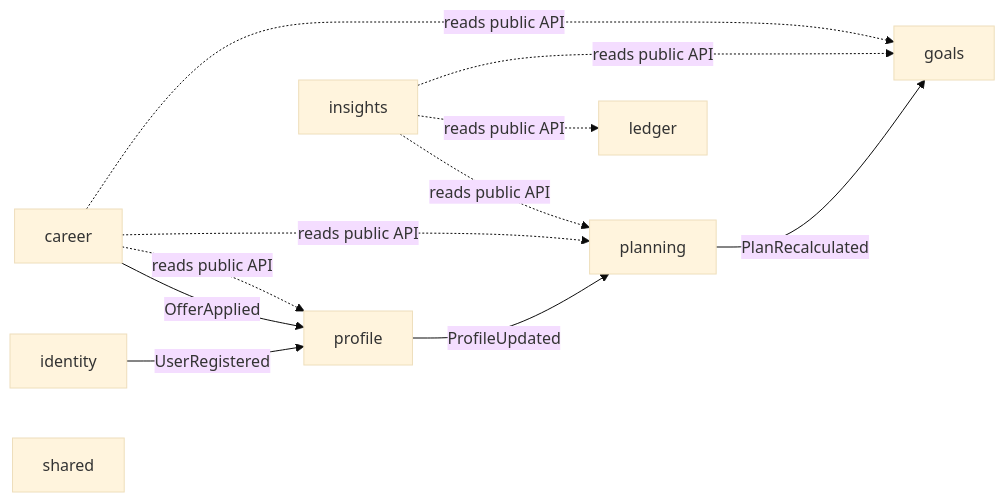
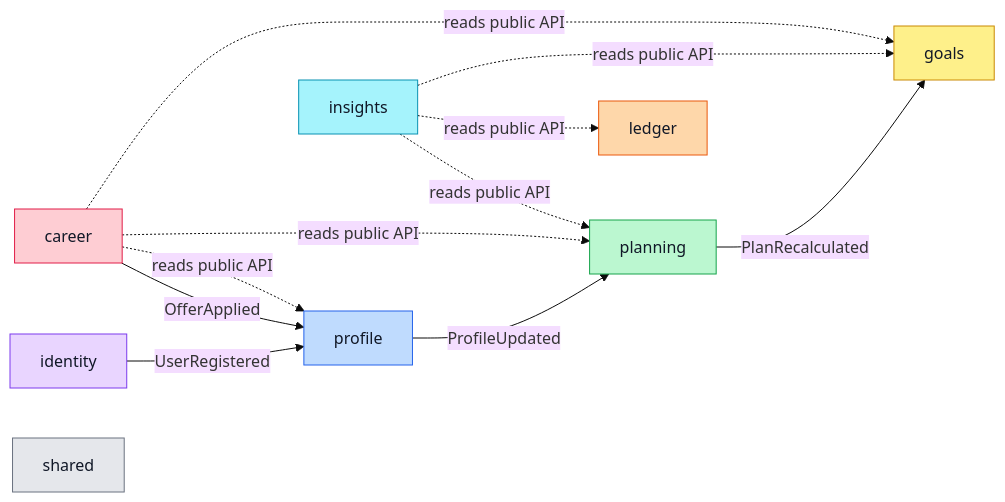
The third of 5 diagrams in docs/ARCHITECTURE.md (ilyas8888/moneymacros), drawn with Mermaid (base theme) before and after one commit. The commit also changed other lines of this file and 3 other files, not shown here.

````diff
--- a/docs/ARCHITECTURE.md
+++ b/docs/ARCHITECTURE.md
@@ -65,22 +78,31 @@
 ```mermaid
 flowchart LR
     identity["identity"]
     profile["profile"]
     planning["planning"]
     ledger["ledger"]
     goals["goals"]
     career["career"]
     insights["insights"]
     shared["shared"]
 
     identity -->|UserRegistered| profile
     career -->|OfferApplied| profile
     profile -->|ProfileUpdated| planning
     planning -->|PlanRecalculated| goals
     career -.->|reads public API| profile
     career -.->|reads public API| planning
     career -.->|reads public API| goals
     insights -.->|reads public API| planning
     insights -.->|reads public API| ledger
     insights -.->|reads public API| goals
+
+    style identity fill:#E9D5FF,stroke:#7C3AED,color:#111827
+    style profile fill:#BFDBFE,stroke:#2563EB,color:#111827
+    style planning fill:#BBF7D0,stroke:#16A34A,color:#111827
+    style ledger fill:#FED7AA,stroke:#EA580C,color:#111827
+    style goals fill:#FEF08A,stroke:#CA8A04,color:#111827
+    style career fill:#FECDD3,stroke:#E11D48,color:#111827
+    style insights fill:#A5F3FC,stroke:#0891B2,color:#111827
+    style shared fill:#E5E7EB,stroke:#6B7280,color:#111827
 ```
````
